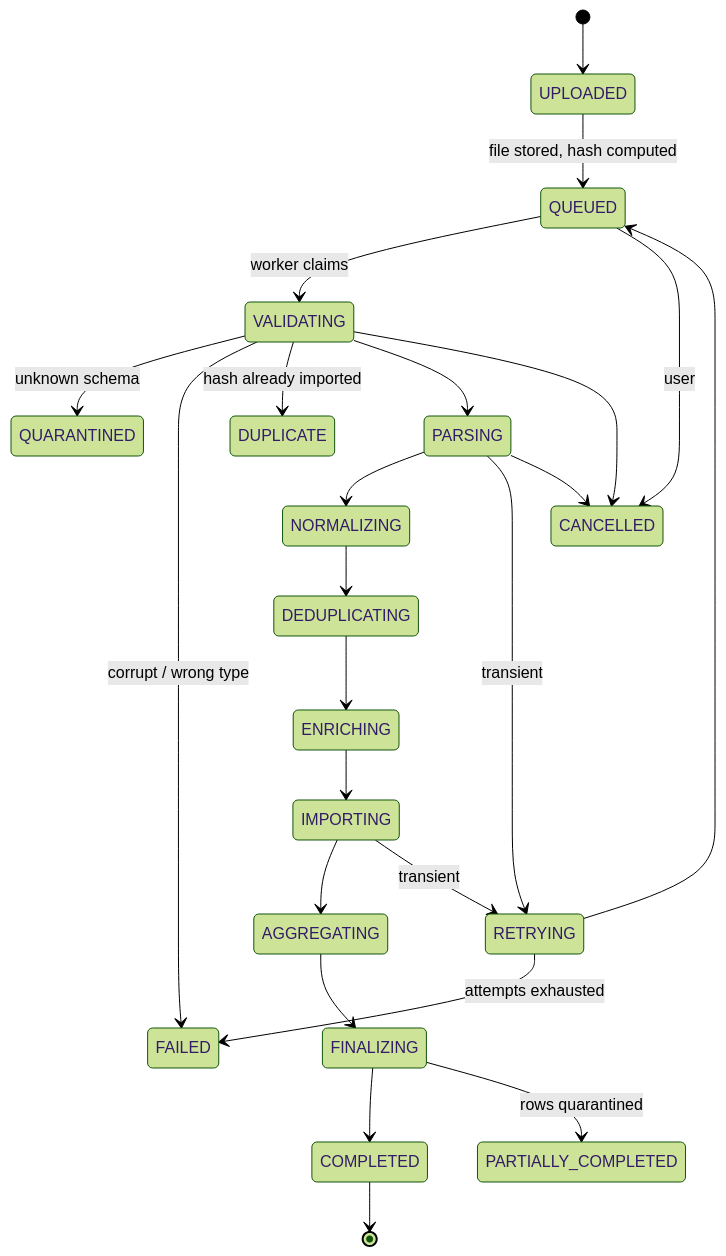
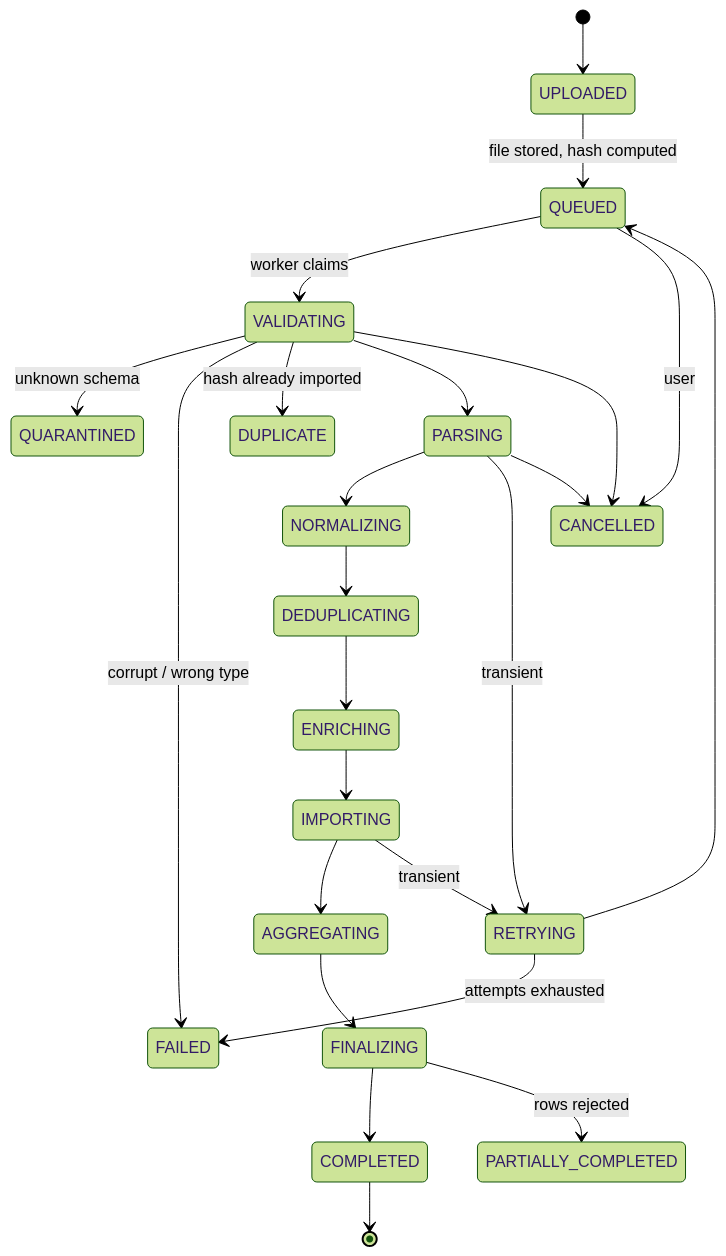
The diagram in docs/architecture/09-import-platform.md (MahdiSiamaki/QuadraSense), drawn with Mermaid (forest theme) before and after one commit. The commit also changed 5 other files, not shown here.

````diff
--- a/docs/architecture/09-import-platform.md
+++ b/docs/architecture/09-import-platform.md
@@ -232,26 +232,26 @@
 ```mermaid
 stateDiagram-v2
     [*] --> UPLOADED
     UPLOADED --> QUEUED : file stored, hash computed
     QUEUED --> VALIDATING : worker claims
     VALIDATING --> QUARANTINED : unknown schema
     VALIDATING --> FAILED : corrupt / wrong type
     VALIDATING --> DUPLICATE : hash already imported
     VALIDATING --> PARSING
     PARSING --> NORMALIZING
     NORMALIZING --> DEDUPLICATING
     DEDUPLICATING --> ENRICHING
     ENRICHING --> IMPORTING
     IMPORTING --> AGGREGATING
     AGGREGATING --> FINALIZING
     FINALIZING --> COMPLETED
-    FINALIZING --> PARTIALLY_COMPLETED : rows quarantined
+    FINALIZING --> PARTIALLY_COMPLETED : rows rejected
     PARSING --> RETRYING : transient
     IMPORTING --> RETRYING : transient
     RETRYING --> QUEUED
     RETRYING --> FAILED : attempts exhausted
     QUEUED --> CANCELLED : user
     VALIDATING --> CANCELLED
     PARSING --> CANCELLED
     COMPLETED --> [*]
 ```
````
